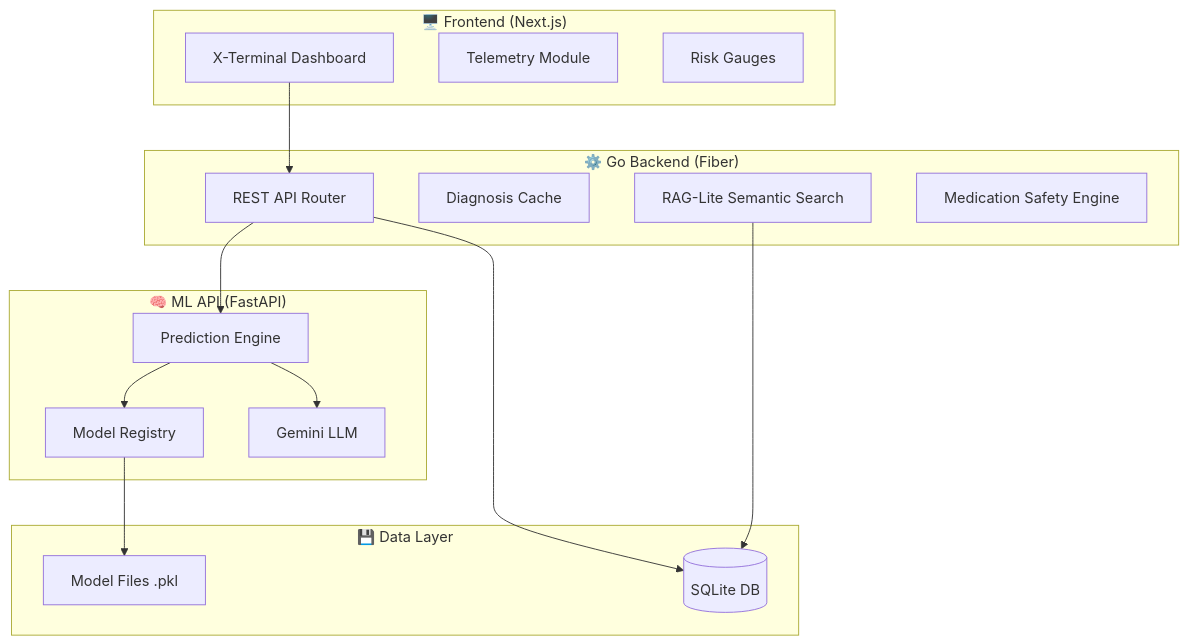
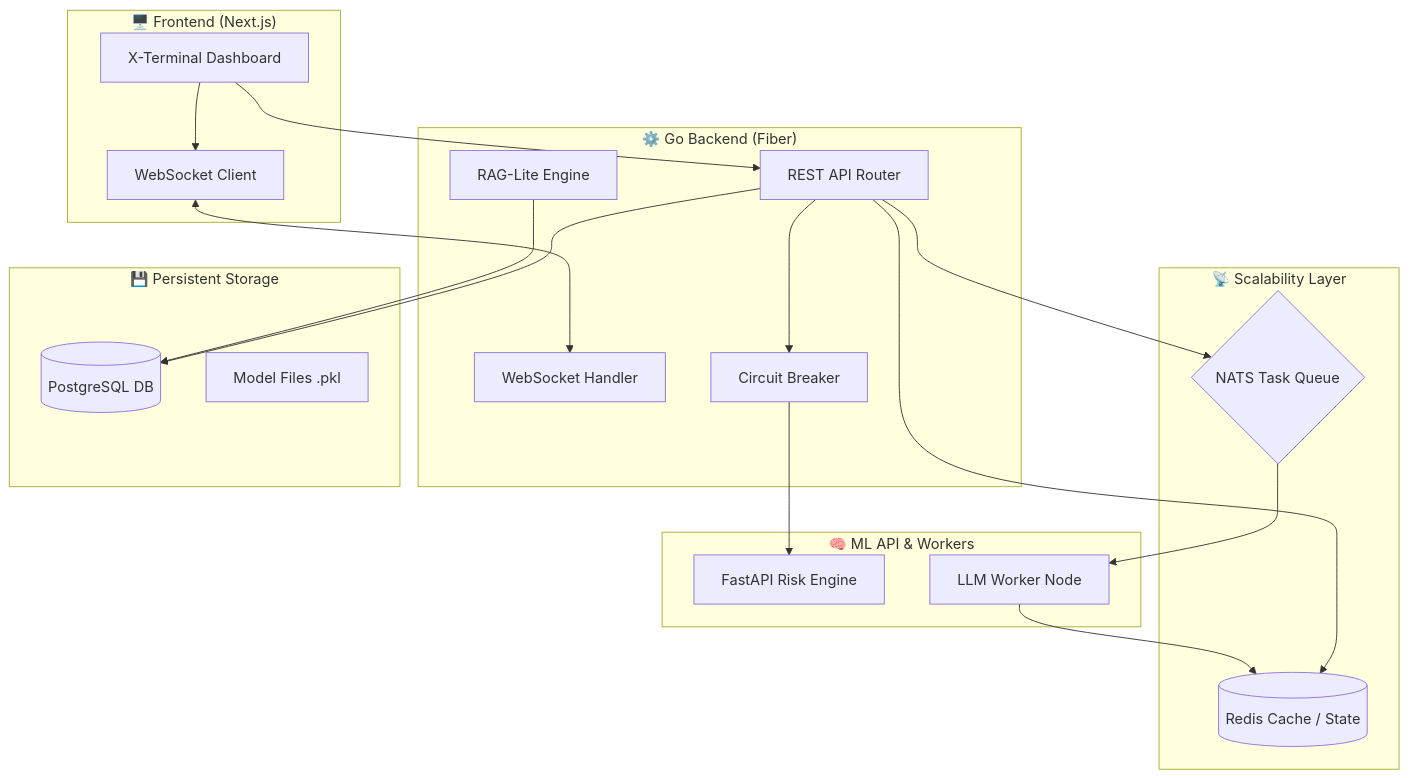
Before and after one commit to PoyrazK/Health_System: the first of 6 diagrams in docs/ARCHITECTURE.md, drawn with Mermaid. The commit also changed other lines of this file and 53 other files, not shown here.

````diff
--- a/docs/ARCHITECTURE.md
+++ b/docs/ARCHITECTURE.md
@@ -9,34 +9,41 @@
 ```mermaid
 graph TB
     subgraph Frontend["🖥️ Frontend (Next.js)"]
         UI[X-Terminal Dashboard]
-        TM[Telemetry Module]
-        RG[Risk Gauges]
+        WS_CLIENT[WebSocket Client]
     end
     
     subgraph Backend["⚙️ Go Backend (Fiber)"]
         API[REST API Router]
-        CACHE[Diagnosis Cache]
-        RAG[RAG-Lite Semantic Search]
-        MED[Medication Safety Engine]
+        WS[WebSocket Handler]
+        RAG[RAG-Lite Engine]
+        CB[Circuit Breaker]
     end
     
-    subgraph ML["🧠 ML API (FastAPI)"]
-        PRED[Prediction Engine]
-        MODELS[Model Registry]
-        LLM[Gemini LLM]
+    subgraph Infra["📡 Scalability Layer"]
+        REDIS[(Redis Cache / State)]
+        NATS{NATS Task Queue}
     end
     
-    subgraph Data["💾 Data Layer"]
-        DB[(SQLite DB)]
+    subgraph ML["🧠 ML API & Workers"]
+        PRED[FastAPI Risk Engine]
+        WORKER[LLM Worker Node]
+    end
+    
+    subgraph Data["💾 Persistent Storage"]
+        DB[(PostgreSQL DB)]
         PKL[Model Files .pkl]
     end
     
     UI --> API
-    API --> PRED
+    UI --> WS_CLIENT
+    WS_CLIENT <--> WS
+    API --> CB
+    CB --> PRED
     API --> DB
+    API --> REDIS
+    API --> NATS
+    NATS --> WORKER
+    WORKER --> REDIS
     RAG --> DB
-    PRED --> MODELS
-    MODELS --> PKL
-    PRED --> LLM
 ```
````
